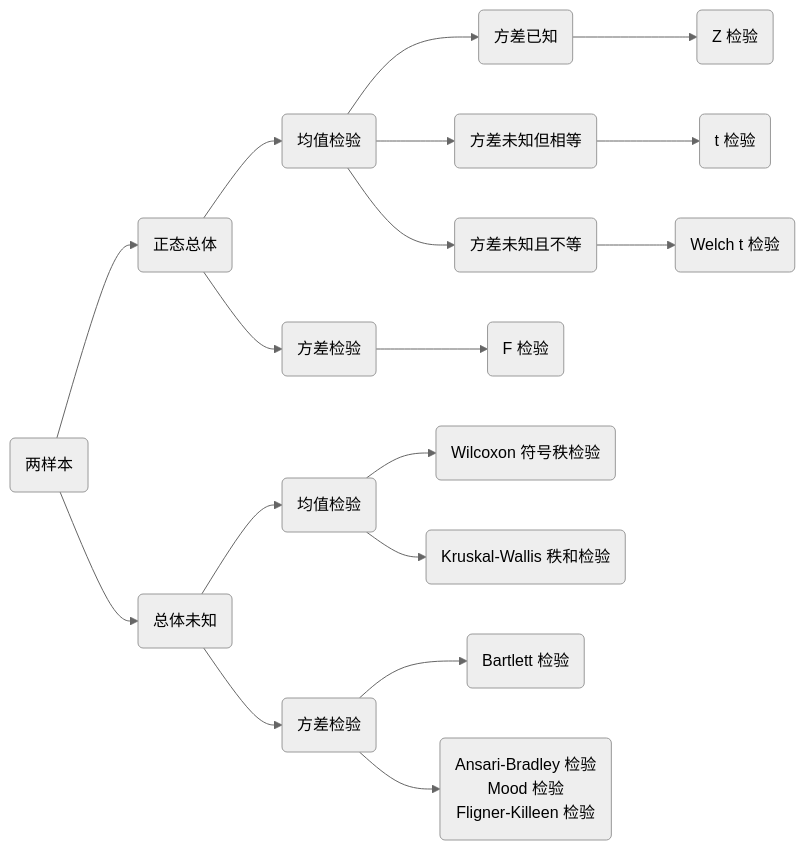
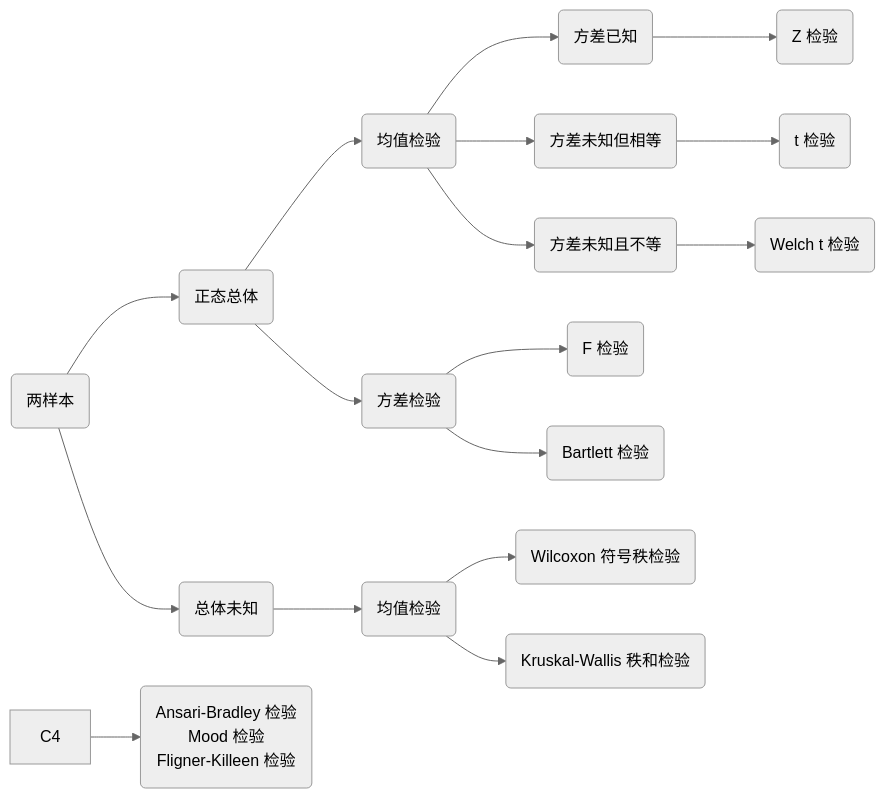
Before and after one commit to XiangyunHuang/data-analysis-in-action: the second of 4 diagrams in common-statistical-tests.qmd, drawn with Mermaid (neutral theme). The commit also changed other lines of this file, not shown here.

````diff
--- a/common-statistical-tests.qmd
+++ b/common-statistical-tests.qmd
@@ -188,17 +188,17 @@
 ```{mermaid}
 %%| label: fig-two-samples
 %%| fig-cap: 两样本检验
 
 flowchart LR
   A(两样本) --> B1(正态总体)
   A  --> B2(总体未知)
   B1 --> C1(均值检验)
   C1 --> D1(方差已知) --> E1(Z 检验)
   C1 --> D2(方差未知但相等) --> E2(t 检验)
   C1 --> D3(方差未知且不等) --> E3(Welch t 检验)
   B1 --> C2(方差检验) --> E4(F 检验)
   B2 --> C3(均值检验) --> E5(Wilcoxon 符号秩检验)
   C3 --> E6(Kruskal-Wallis 秩和检验)
-  B2 --> C4(方差检验) --> E7(Bartlett 检验)
+  C2 --> E7(Bartlett 检验)
   C4 --> E8(Ansari-Bradley 检验\nMood 检验\nFligner-Killeen 检验)
 ```
````
